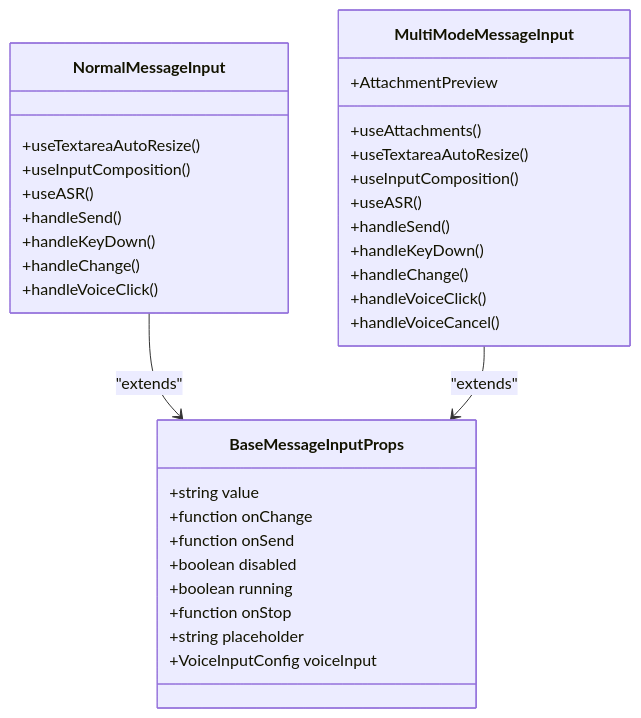
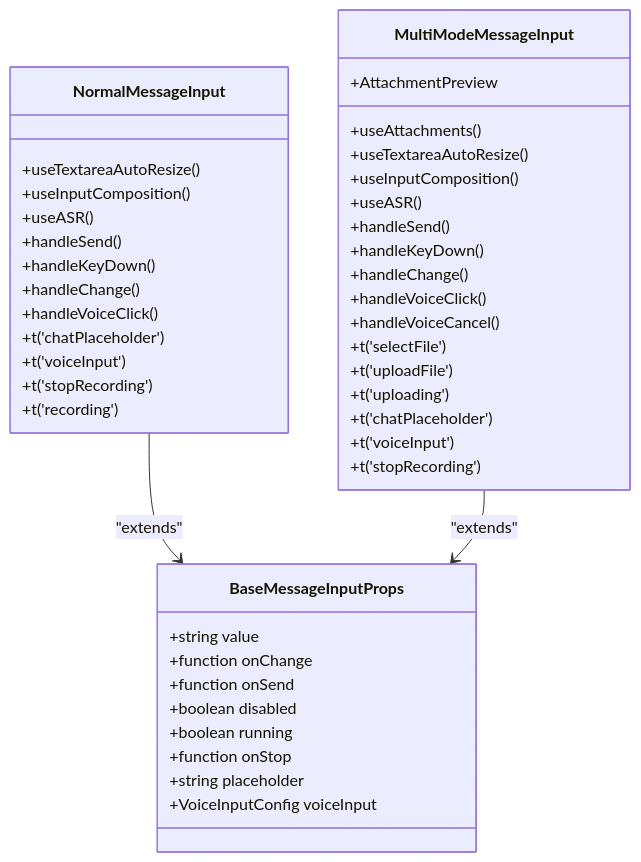
Before and after one commit to alibaba/tron-one-agent: the seventh of 9 diagrams in .qoder/repowiki/en/content/Frontend Architecture/React Component Structure.md, drawn with Mermaid. The commit also changed other lines of this file and 8 other files, not shown here.

````diff
--- a/.qoder/repowiki/en/content/Frontend Architecture/React Component Structure.md
+++ b/.qoder/repowiki/en/content/Frontend Architecture/React Component Structure.md
@@ -239,36 +389,46 @@
 ```mermaid
 classDiagram
 class BaseMessageInputProps {
 +string value
 +function onChange
 +function onSend
 +boolean disabled
 +boolean running
 +function onStop
 +string placeholder
 +VoiceInputConfig voiceInput
 }
 class NormalMessageInput {
 +useTextareaAutoResize()
 +useInputComposition()
 +useASR()
 +handleSend()
 +handleKeyDown()
 +handleChange()
 +handleVoiceClick()
++t('chatPlaceholder')
++t('voiceInput')
++t('stopRecording')
++t('recording')
 }
 class MultiModeMessageInput {
 +useAttachments()
 +useTextareaAutoResize()
 +useInputComposition()
 +useASR()
 +AttachmentPreview
 +handleSend()
 +handleKeyDown()
 +handleChange()
 +handleVoiceClick()
 +handleVoiceCancel()
++t('selectFile')
++t('uploadFile')
++t('uploading')
++t('chatPlaceholder')
++t('voiceInput')
++t('stopRecording')
 }
 NormalMessageInput --> BaseMessageInputProps : "extends"
 MultiModeMessageInput --> BaseMessageInputProps : "extends"
 ```
````
